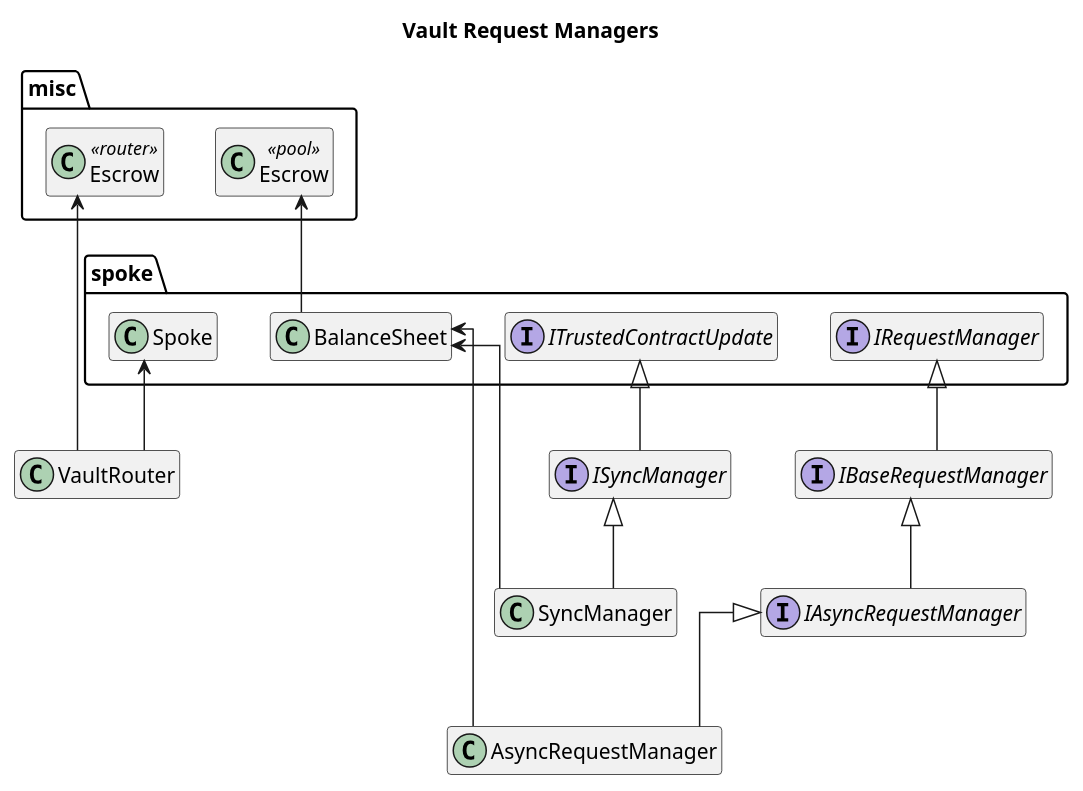
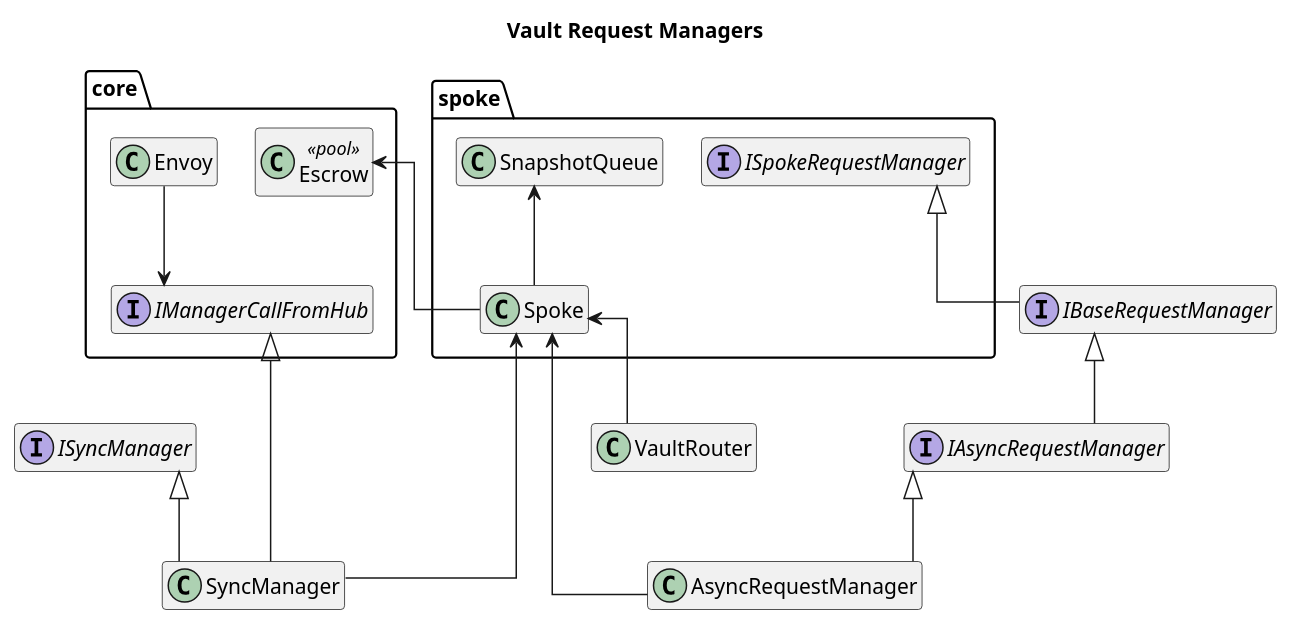
The diagram in docs/architecture/vaults/request-managers.puml (centrifuge/protocol), drawn with PlantUML before and after one commit. The commit also changed 446 other files, not shown here.

```diff
--- a/docs/architecture/vaults/request-managers.puml
+++ b/docs/architecture/vaults/request-managers.puml
@@ -1,38 +1,42 @@
 @startuml request-managers
 title Vault Request Managers
 hide empty members
 
 skinparam linetype ortho
 
-package misc {
+skinparam nodesep 25
+
+package core {
     class "Escrow" as PoolEscrow<<pool>>
-    class "Escrow" as RouterEscrow<<router>>
+    class Envoy
+    interface IManagerCallFromHub
 }
 
 package spoke {
     class Spoke
-    class BalanceSheet
-    interface IRequestManager
-    interface ITrustedContractUpdate
+    class SnapshotQueue
+    interface ISpokeRequestManager
 }
 
 interface IBaseRequestManager
 interface IAsyncRequestManager
 interface ISyncManager
 
-IBaseRequestManager -up-|> IRequestManager
+IBaseRequestManager -up-|> ISpokeRequestManager
 
 IAsyncRequestManager -up-|> IBaseRequestManager
-ISyncManager -up-|> ITrustedContractUpdate
 
-AsyncRequestManager -up-> BalanceSheet
+Envoy --> IManagerCallFromHub
+
+AsyncRequestManager -up-> Spoke
 AsyncRequestManager -up-|> IAsyncRequestManager
-BalanceSheet -up-> PoolEscrow
+Spoke -up-> PoolEscrow
+Spoke -up-> SnapshotQueue
 
 SyncManager -up-|> ISyncManager
-SyncManager -up--> BalanceSheet
+SyncManager -up-|> IManagerCallFromHub
+SyncManager -up--> Spoke
 
-VaultRouter -up-> RouterEscrow
 VaultRouter -up-> Spoke
 
 @enduml
```
